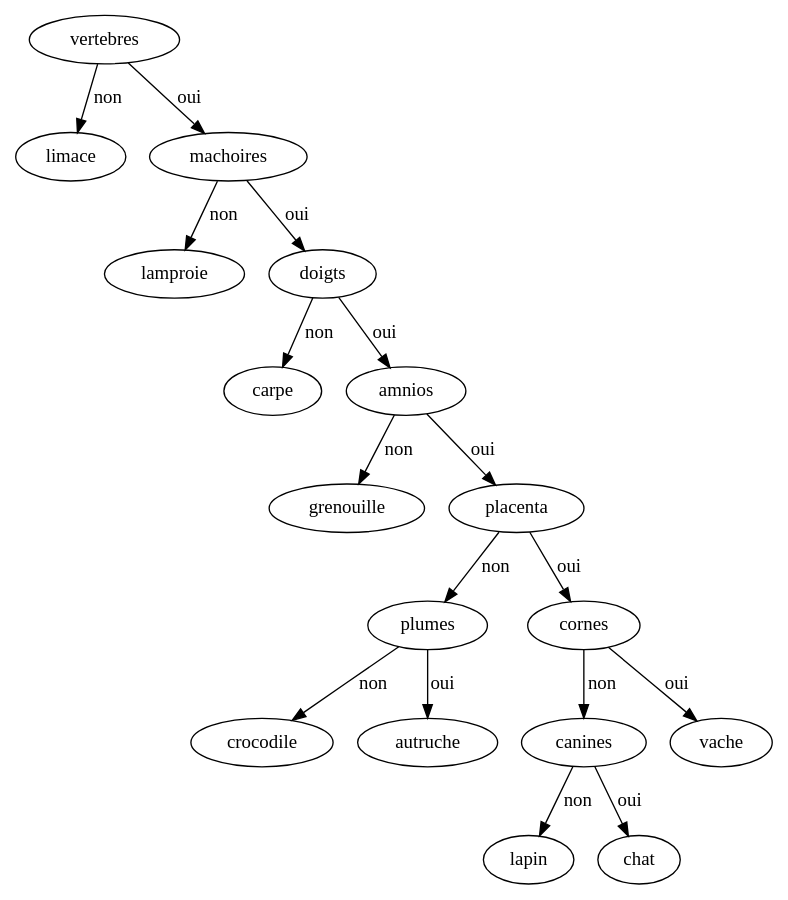
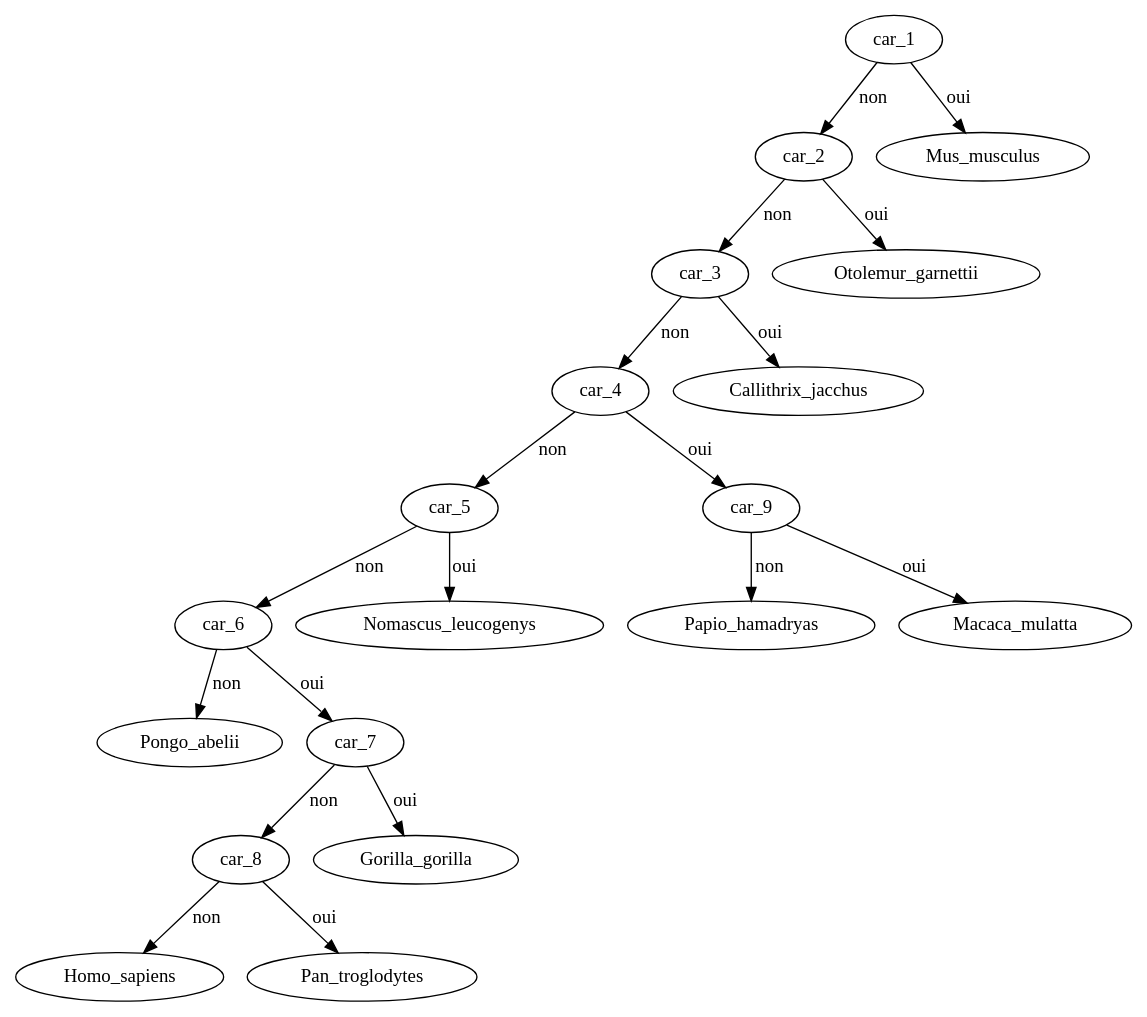
The diagram in arbre.dot (hackerdu38/Arbres-Phylogenetiques), drawn with Graphviz before and after one commit. The commit also changed 8 other files, not shown here.

```diff
--- a/arbre.dot
+++ b/arbre.dot
@@ -1,18 +1,20 @@
 digraph arbre { 
-	vertebres -> limace [label = "non"]
-	vertebres -> machoires [label = "oui"]
-	machoires -> lamproie [label = "non"]
-	machoires -> doigts [label = "oui"]
-	doigts -> carpe [label = "non"]
-	doigts -> amnios [label = "oui"]
-	amnios -> grenouille [label = "non"]
-	amnios -> placenta [label = "oui"]
-	placenta -> plumes [label = "non"]
-	placenta -> cornes [label = "oui"]
-	plumes -> crocodile [label = "non"]
-	plumes -> autruche [label = "oui"]
-	cornes -> canines [label = "non"]
-	cornes -> vache [label = "oui"]
-	canines -> lapin [label = "non"]
-	canines -> chat [label = "oui"]
+	car_1 -> car_2 [label = "non"]
+	car_1 -> Mus_musculus [label = "oui"]
+	car_2 -> car_3 [label = "non"]
+	car_2 -> Otolemur_garnettii [label = "oui"]
+	car_3 -> car_4 [label = "non"]
+	car_3 -> Callithrix_jacchus [label = "oui"]
+	car_4 -> car_5 [label = "non"]
+	car_4 -> car_9 [label = "oui"]
+	car_5 -> car_6 [label = "non"]
+	car_5 -> Nomascus_leucogenys [label = "oui"]
+	car_9 -> Papio_hamadryas [label = "non"]
+	car_9 -> Macaca_mulatta [label = "oui"]
+	car_6 -> Pongo_abelii [label = "non"]
+	car_6 -> car_7 [label = "oui"]
+	car_7 -> car_8 [label = "non"]
+	car_7 -> Gorilla_gorilla [label = "oui"]
+	car_8 -> Homo_sapiens [label = "non"]
+	car_8 -> Pan_troglodytes [label = "oui"]
 }
```
